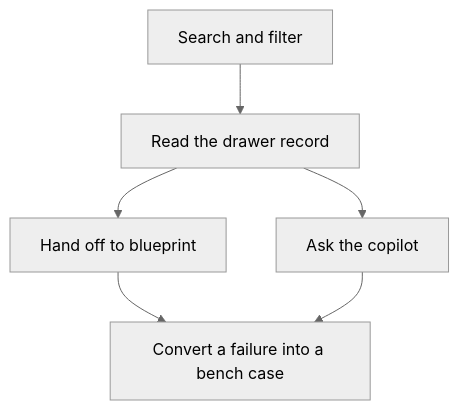
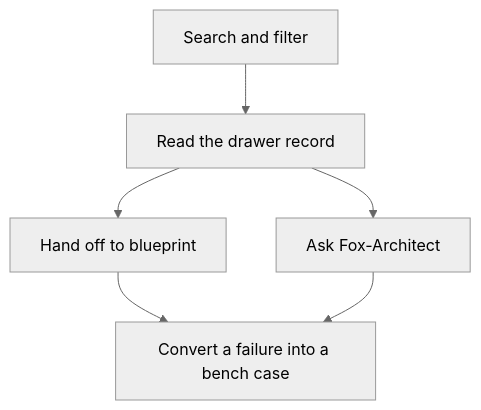
Before and after one commit to harishgovardhandamodar/AI-Agents-Patterns: the sixth of 31 diagrams in book/WORKFLOWS.md, drawn with Mermaid (neutral theme). The commit also changed other lines of this file and 43 other files, not shown here.

First line of the commit message:
Rebrand Copilot to Fox-Architect; workflows book counsel of architects

````diff
--- a/book/WORKFLOWS.md
+++ b/book/WORKFLOWS.md
@@ -212,9 +212,9 @@
 ```mermaid
 flowchart TB
   S["Search and filter"]
   S --> R["Read the drawer record"]
   R --> H1["Hand off to blueprint"]
-  R --> H2["Ask the copilot"]
+  R --> H2["Ask Fox-Architect"]
   H1 --> B["Convert a failure into a bench case"]
   H2 --> B
 ```
````
